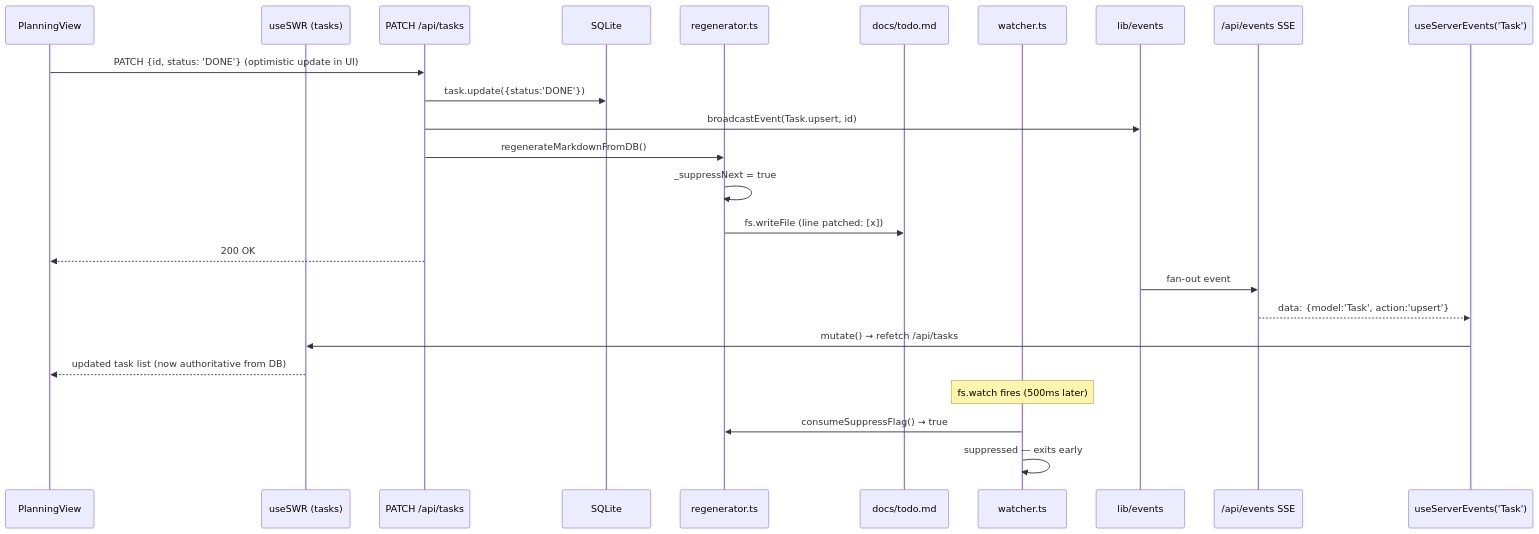
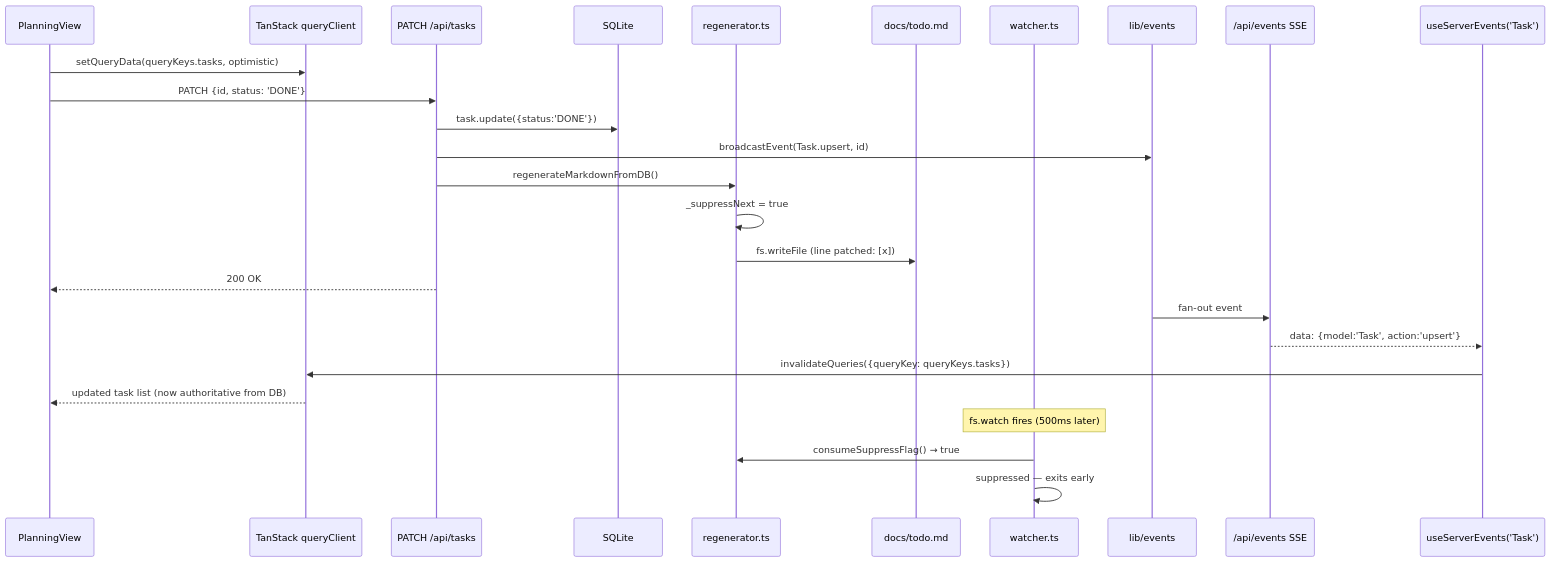
The tenth of 10 diagrams in docs/architecture.md (salsquared/mission-control), drawn with Mermaid before and after one commit. The commit also changed other lines of this file, not shown here.

First line of the commit message:
docs: refresh architecture.md to reflect MVP2 state

````diff
--- a/docs/architecture.md
+++ b/docs/architecture.md
@@ -698,28 +750,29 @@
 ```mermaid
 sequenceDiagram
     participant UI as PlanningView
-    participant SWR as useSWR (tasks)
+    participant TS as TanStack queryClient
     participant Route as PATCH /api/tasks
     participant DB as SQLite
     participant Regen as regenerator.ts
     participant File as docs/todo.md
     participant Watcher as watcher.ts
     participant Bus as lib/events
     participant SSE as /api/events SSE
     participant Hook as useServerEvents('Task')
 
-    UI->>Route: PATCH {id, status: 'DONE'} (optimistic update in UI)
+    UI->>TS: setQueryData(queryKeys.tasks, optimistic)
+    UI->>Route: PATCH {id, status: 'DONE'}
     Route->>DB: task.update({status:'DONE'})
     Route->>Bus: broadcastEvent(Task.upsert, id)
     Route->>Regen: regenerateMarkdownFromDB()
     Regen->>Regen: _suppressNext = true
     Regen->>File: fs.writeFile (line patched: [x])
     Route-->>UI: 200 OK
     Bus->>SSE: fan-out event
     SSE-->>Hook: data: {model:'Task', action:'upsert'}
-    Hook->>SWR: mutate() → refetch /api/tasks
-    SWR-->>UI: updated task list (now authoritative from DB)
+    Hook->>TS: invalidateQueries({queryKey: queryKeys.tasks})
+    TS-->>UI: updated task list (now authoritative from DB)
     Note over Watcher: fs.watch fires (500ms later)
     Watcher->>Regen: consumeSuppressFlag() → true
     Watcher->>Watcher: suppressed — exits early
 ```
````
